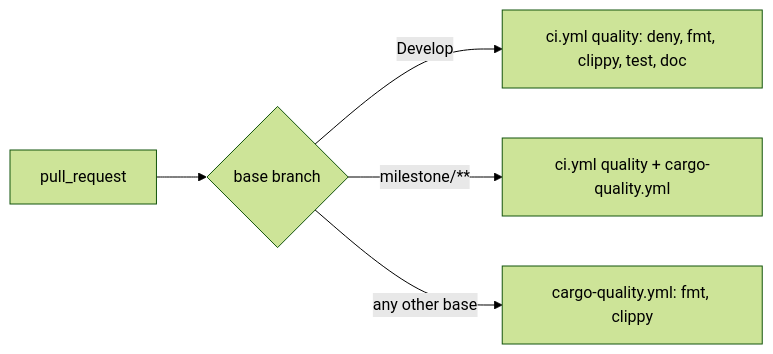
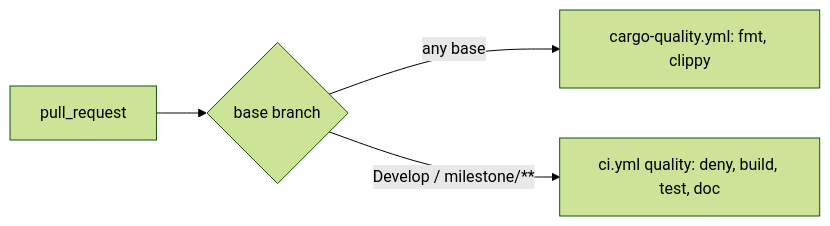
The diagram in docs/archive/pr-summaries/pr-summary-243.md (stSoftwareAU/NEAT-AI-Ockham), drawn with Mermaid (forest theme) before and after one commit. The commit also changed other lines of this file and 3 other files, not shown here.

First line of the commit message:
Keep required Cargo Format and Clippy reporting on Develop (PR #247)

````diff
--- a/docs/archive/pr-summaries/pr-summary-243.md
+++ b/docs/archive/pr-summaries/pr-summary-243.md
@@ -35,7 +30,6 @@
 ```mermaid
 flowchart LR
     PR[pull_request] --> B{base branch}
-    B -->|Develop| CI[ci.yml quality: deny, fmt, clippy, test, doc]
-    B -->|milestone/**| BOTH[ci.yml quality + cargo-quality.yml]
-    B -->|any other base| CQ[cargo-quality.yml: fmt, clippy]
+    B -->|any base| CQ[cargo-quality.yml: fmt, clippy]
+    B -->|Develop / milestone/**| CI[ci.yml quality: deny, build, test, doc]
 ```
````
